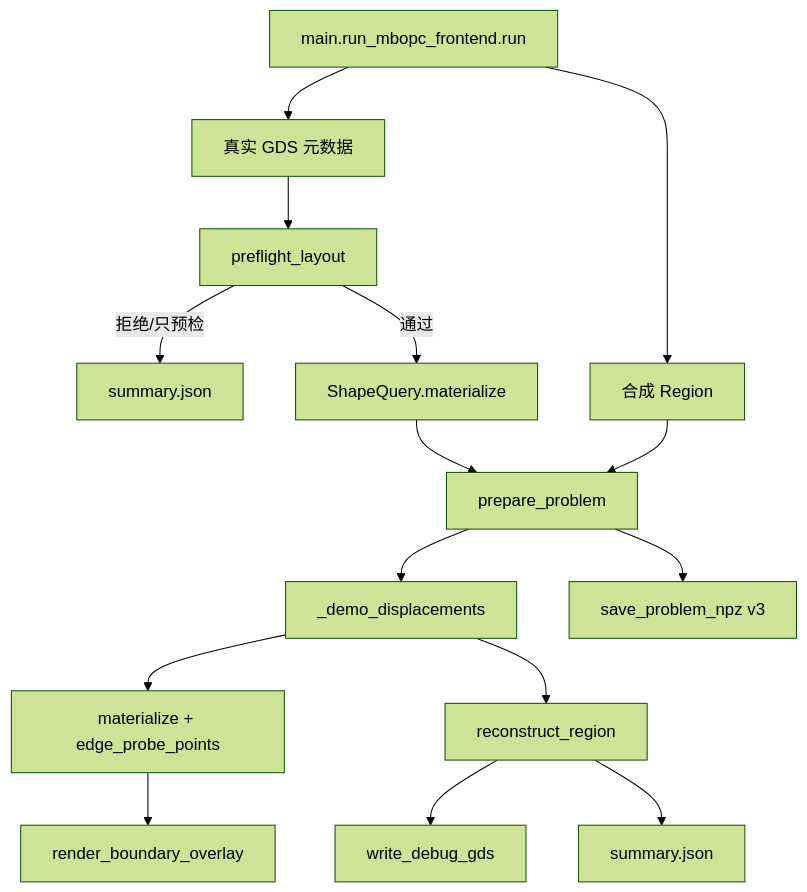
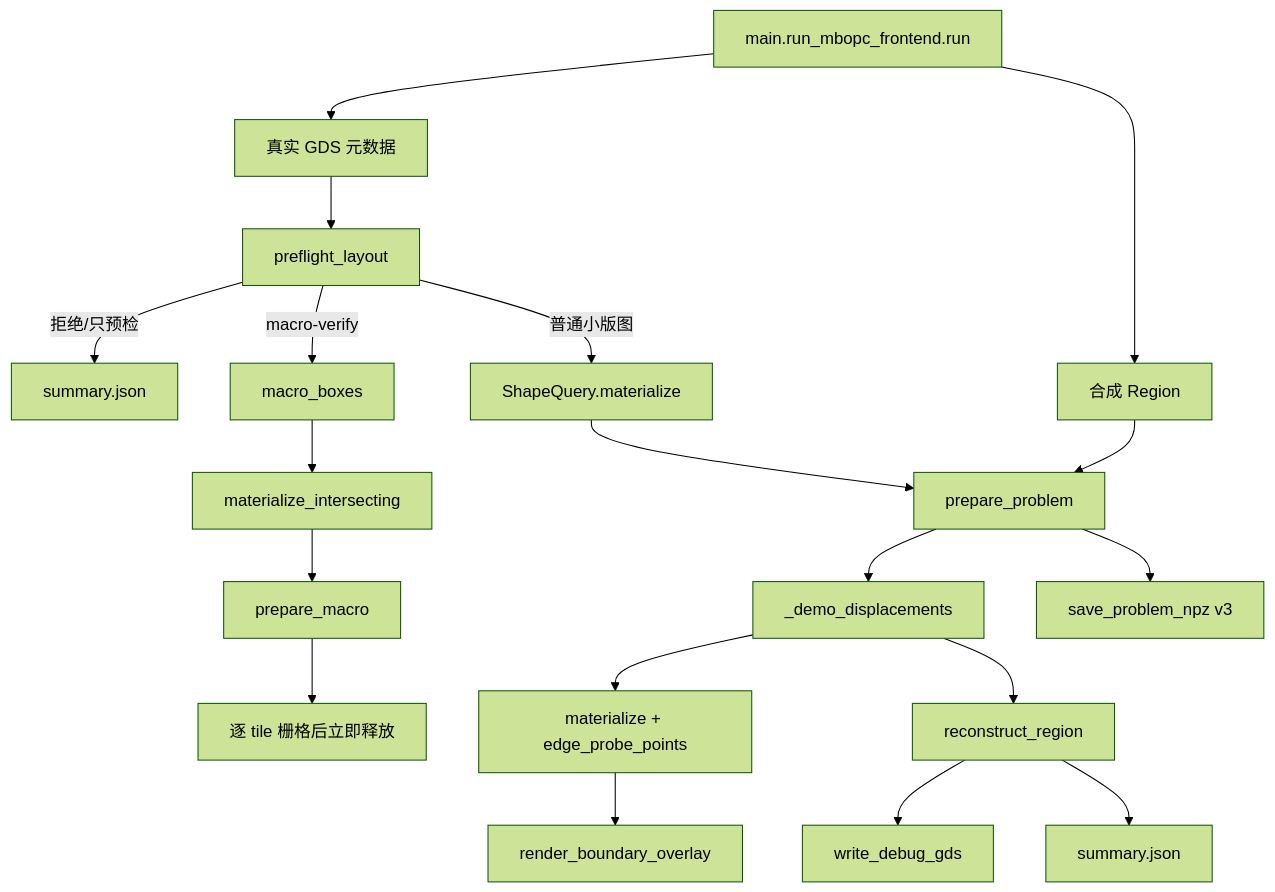
One commit to Eve429/MyOPC changed the tenth of 12 diagrams in doc/function_call_architecture.md. Above: the diagram before and after it, drawn with Mermaid (forest theme). The commit also changed other lines of this file and 10 other files, not shown here.

````diff
--- a/doc/function_call_architecture.md
+++ b/doc/function_call_architecture.md
@@ -229,17 +229,21 @@
 ```mermaid
 flowchart TD
     A[main.run_mbopc_frontend.run] --> B[真实 GDS 元数据]
     B --> P[preflight_layout]
     P -->|拒绝/只预检| R[summary.json]
-    P -->|通过| C0[ShapeQuery.materialize]
+    P -->|普通小版图| C0[ShapeQuery.materialize]
+    P -->|macro-verify| M[macro_boxes]
+    M --> MI[materialize_intersecting]
+    MI --> MP[prepare_macro]
+    MP --> MR[逐 tile 栅格后立即释放]
     A --> S[合成 Region]
     C0 --> C[prepare_problem]
     S --> C
     C --> D[_demo_displacements]
     D --> E[materialize + edge_probe_points]
     D --> F[reconstruct_region]
     C --> G[save_problem_npz v3]
     E --> H[render_boundary_overlay]
     F --> I[write_debug_gds]
     F --> J[summary.json]
 ```
````
